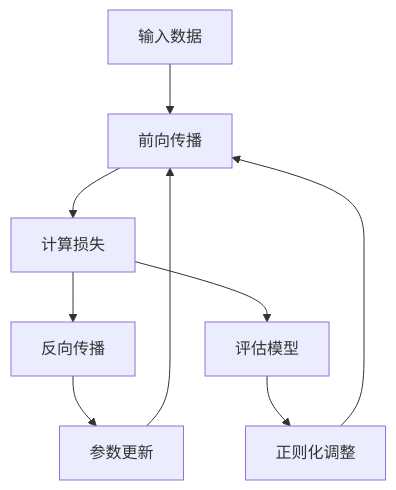
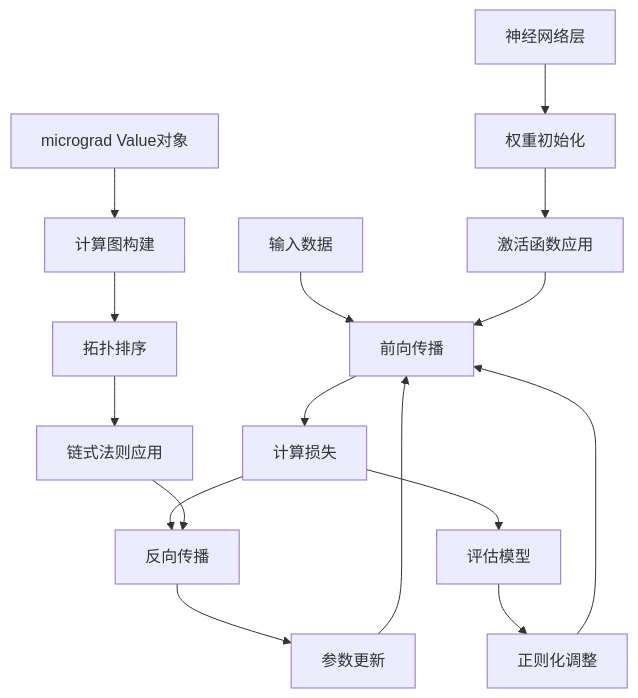
The diagram in notes/deep-learning/basic.md (violet764/learning-blog), drawn with Mermaid before and after one commit. The commit also changed other lines of this file and 28 other files, not shown here.

````diff
--- a/notes/deep-learning/basic.md
+++ b/notes/deep-learning/basic.md
@@ -95,11 +484,20 @@
 ```mermaid
 graph TD
     A[输入数据] --> B[前向传播]
     B --> C[计算损失]
     C --> D[反向传播]
     D --> E[参数更新]
     E --> B
     C --> F[评估模型]
     F --> G[正则化调整]
     G --> B
+    
+    H[micrograd Value对象] --> I[计算图构建]
+    I --> J[拓扑排序]
+    J --> K[链式法则应用]
+    K --> D
+    
+    L[神经网络层] --> M[权重初始化]
+    M --> N[激活函数应用]
+    N --> B
 ```
````
